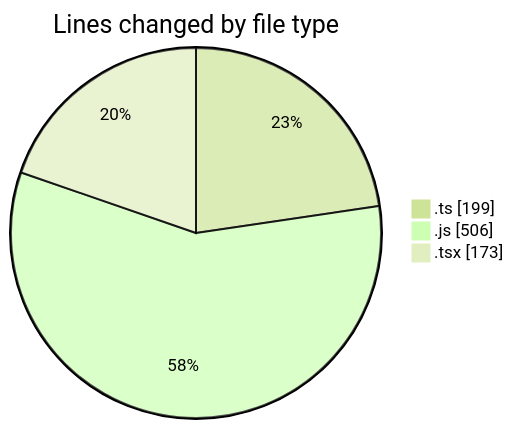
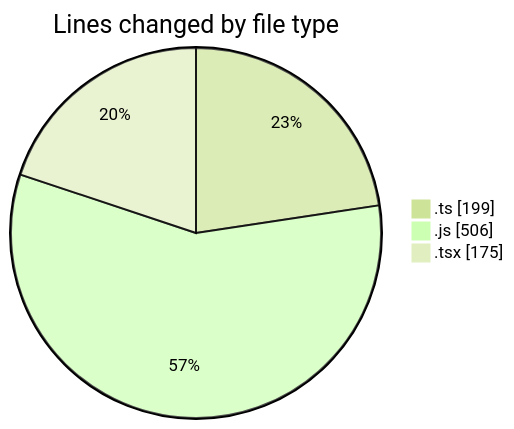
The first of 2 diagrams in 2025-03-12/cda/README.md (momahboobian/code-tracking), drawn with Mermaid (forest theme) before and after one commit. The commit also changed other lines of this file and 1 other file, not shown here.

````diff
--- a/2025-03-12/cda/README.md
+++ b/2025-03-12/cda/README.md
@@ -29,7 +29,7 @@
 ```mermaid
 pie showData
 title Lines changed by file type
 ".ts" : 199
 ".js" : 506
-".tsx" : 173
+".tsx" : 175
 ```
````
